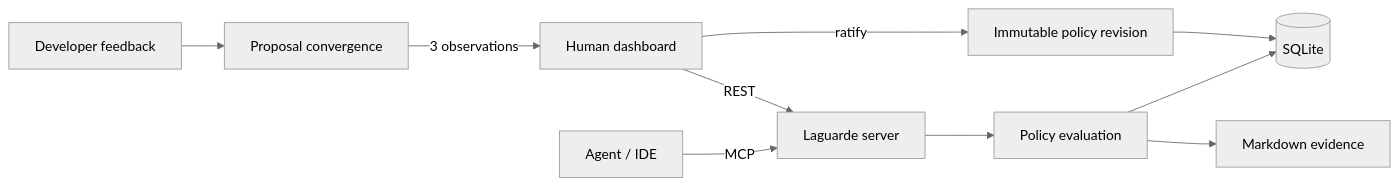
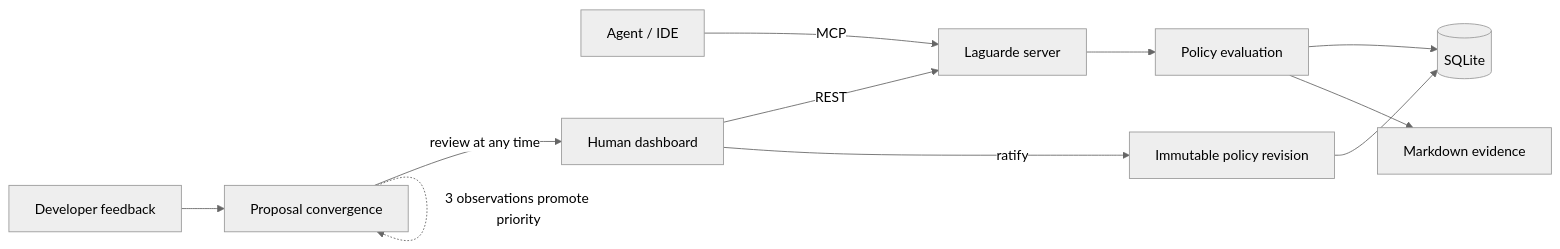
Before and after one commit to FuturPanda/laguarde: the diagram in README.md, drawn with Mermaid (neutral theme). The commit also changed other lines of this file and 19 other files, not shown here.

````diff
--- a/README.md
+++ b/README.md
@@ -107,12 +107,13 @@
 ```mermaid
 flowchart LR
   A[Agent / IDE] -->|MCP| M[Laguarde server]
   H[Human dashboard] -->|REST| M
   M --> P[Policy evaluation]
   P --> D[(SQLite)]
   P --> E[Markdown evidence]
   F[Developer feedback] --> Q[Proposal convergence]
-  Q -->|3 observations| H
+  Q -->|review at any time| H
+  Q -.->|3 observations promote priority| Q
   H -->|ratify| R[Immutable policy revision]
   R --> D
 ```
````
